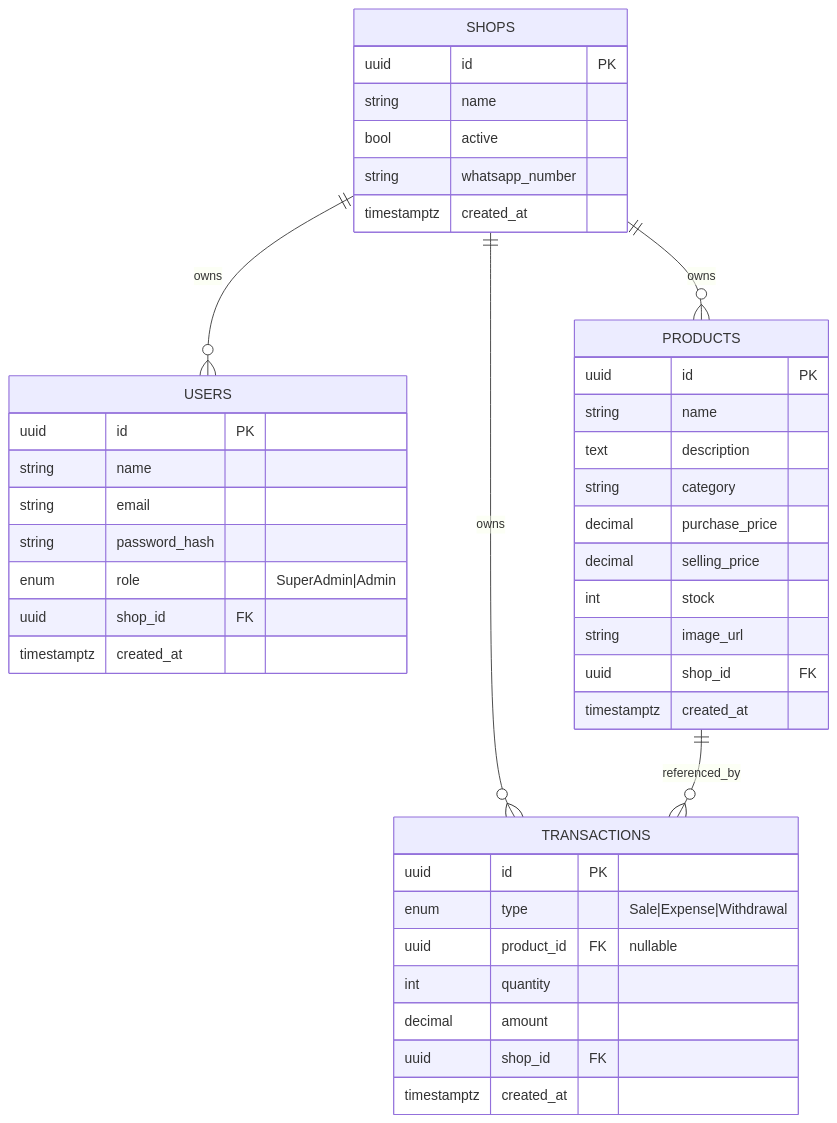
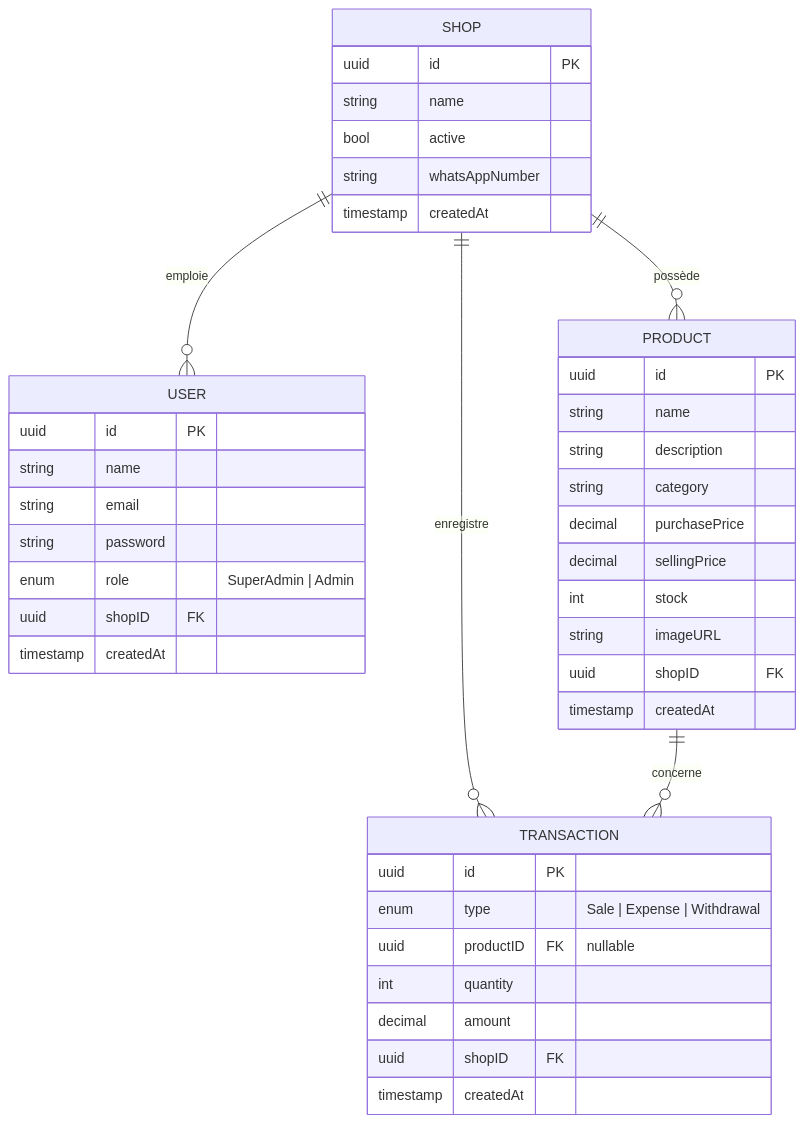
The second of 3 diagrams in docs/architecture.md (EragonRD/arem-shop), drawn with Mermaid before and after one commit. The commit also changed other lines of this file and 23 other files, not shown here.

Commit message:
docs: Add comprehensive project documentation covering product vision, API architecture, data models, business flows, and API contracts, along with Mermaid diagrams and generation script.

````diff
--- a/docs/architecture.md
+++ b/docs/architecture.md
@@ -249,48 +145,48 @@
 ```mermaid
 erDiagram
-    SHOPS ||--o{ USERS : owns
-    SHOPS ||--o{ PRODUCTS : owns
-    SHOPS ||--o{ TRANSACTIONS : owns
-    PRODUCTS ||--o{ TRANSACTIONS : referenced_by
-
-    SHOPS {
+    SHOP {
         uuid id PK
         string name
         bool active
-        string whatsapp_number
-        timestamptz created_at
+        string whatsAppNumber
+        timestamp createdAt
     }
-
-    USERS {
+    
+    USER {
         uuid id PK
         string name
         string email
-        string password_hash
-        enum role "SuperAdmin|Admin"
-        uuid shop_id FK
-        timestamptz created_at
+        string password
+        enum role "SuperAdmin | Admin"
+        uuid shopID FK
+        timestamp createdAt
     }
-
-    PRODUCTS {
+    
+    PRODUCT {
         uuid id PK
         string name
-        text description
+        string description
         string category
-        decimal purchase_price
-        decimal selling_price
+        decimal purchasePrice
+        decimal sellingPrice
         int stock
-        string image_url
-        uuid shop_id FK
-        timestamptz created_at
+        string imageURL
+        uuid shopID FK
+        timestamp createdAt
     }
-
-    TRANSACTIONS {
+    
+    TRANSACTION {
         uuid id PK
-        enum type "Sale|Expense|Withdrawal"
-        uuid product_id FK "nullable"
+        enum type "Sale | Expense | Withdrawal"
+        uuid productID FK "nullable"
         int quantity
         decimal amount
-        uuid shop_id FK
-        timestamptz created_at
+        uuid shopID FK
+        timestamp createdAt
     }
+    
+    SHOP ||--o{ USER : "emploie"
+    SHOP ||--o{ PRODUCT : "possède"
+    SHOP ||--o{ TRANSACTION : "enregistre"
+    PRODUCT ||--o{ TRANSACTION : "concerne"
 ```
````
